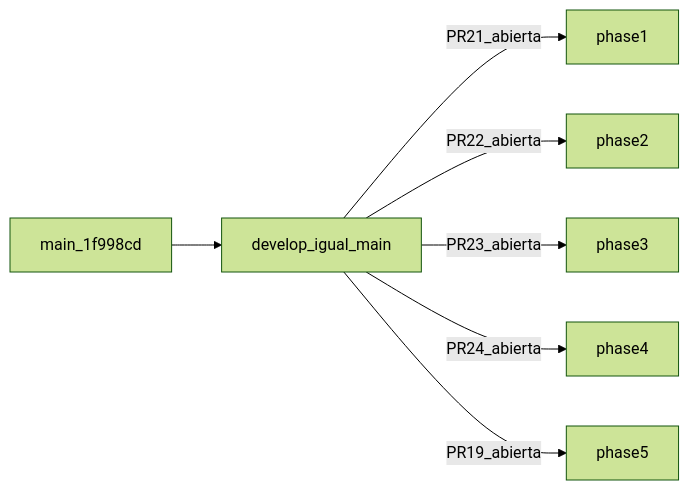
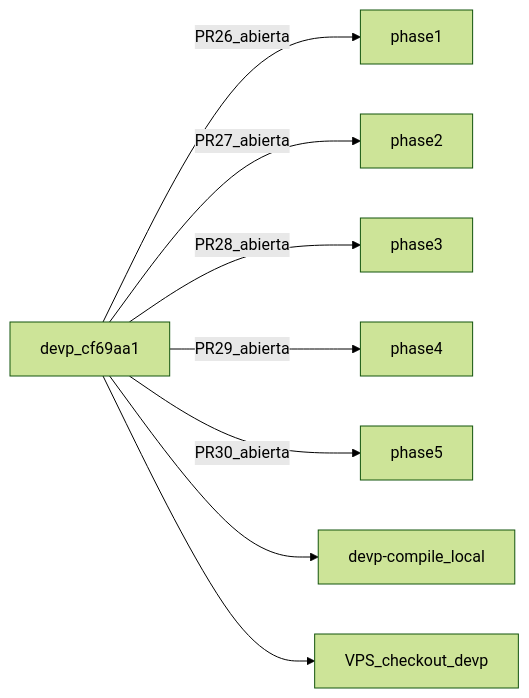
Before and after one commit to dagemov/DofusLegacy2.3.7: the diagram in docs/effects-integration-phase5/README.md, drawn with Mermaid (forest theme). The commit also changed other lines of this file and 5 other files, not shown here.

Commit message:
docs(effects): migrar flujo integracion develop a devp

````diff
--- a/docs/effects-integration-phase5/README.md
+++ b/docs/effects-integration-phase5/README.md
@@ -44,11 +45,13 @@
 ```mermaid
 flowchart LR
-  main[main_1f998cd]
-  develop[develop_igual_main]
-  main --> develop
-  develop -->|PR21_abierta| f1[phase1]
-  develop -->|PR22_abierta| f2[phase2]
-  develop -->|PR23_abierta| f3[phase3]
-  develop -->|PR24_abierta| f4[phase4]
-  develop -->|PR19_abierta| f5[phase5]
+  devp[devp_cf69aa1]
+  compile[devp-compile_local]
+  vps[VPS_checkout_devp]
+  devp -->|PR26_abierta| f1[phase1]
+  devp -->|PR27_abierta| f2[phase2]
+  devp -->|PR28_abierta| f3[phase3]
+  devp -->|PR29_abierta| f4[phase4]
+  devp -->|PR30_abierta| f5[phase5]
+  devp --> compile
+  devp --> vps
 ```
````
